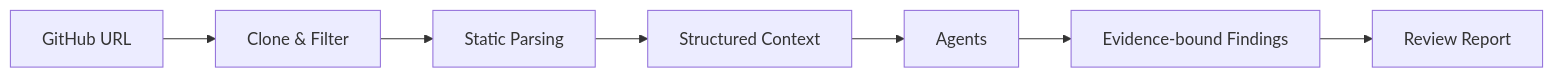
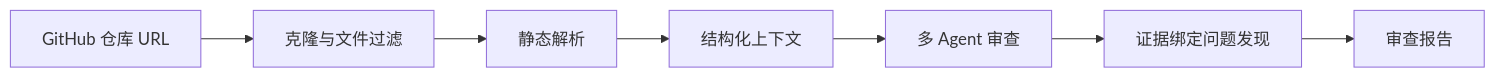
The diagram in README.md (Strange-Men/CodePilot), drawn with Mermaid before and after one commit. The commit also changed other lines of this file and 1 other file, not shown here.

````diff
--- a/README.md
+++ b/README.md
@@ -101,9 +101,9 @@
 ```mermaid
 flowchart LR
-    A[GitHub URL] --> B[Clone & Filter]
-    B --> C[Static Parsing]
-    C --> D[Structured Context]
-    D --> E[Agents]
-    E --> F[Evidence-bound Findings]
-    F --> G[Review Report]
+    A[GitHub 仓库 URL] --> B[克隆与文件过滤]
+    B --> C[静态解析]
+    C --> D[结构化上下文]
+    D --> E[多 Agent 审查]
+    E --> F[证据绑定问题发现]
+    F --> G[审查报告]
 ```
````
